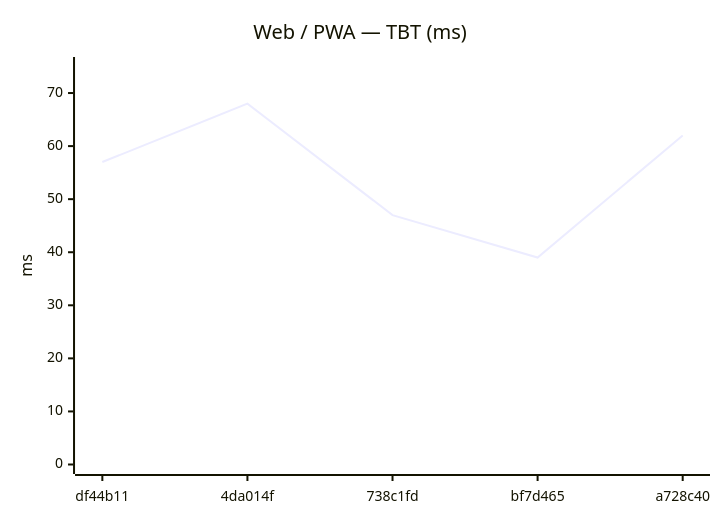
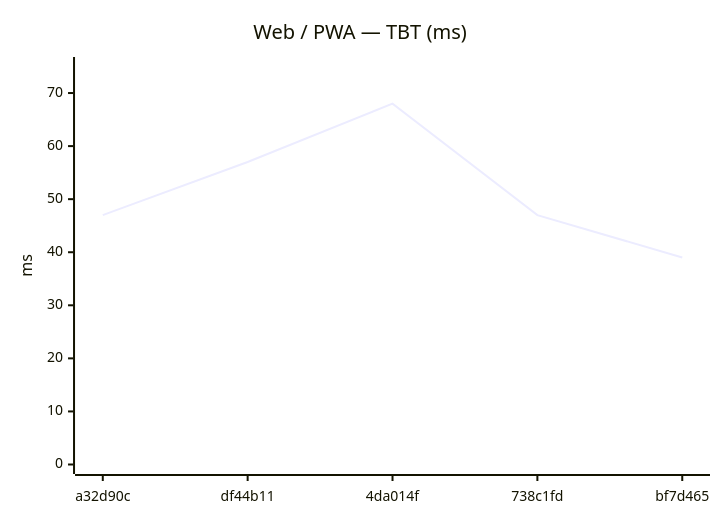
Before and after one commit to Metaheurist/Rianell: the tenth of 24 diagrams in benchmarks/compare.md, drawn with Mermaid. The commit also changed other lines of this file and 12 other files, not shown here.

````diff
--- a/benchmarks/compare.md
+++ b/benchmarks/compare.md
@@ -151,7 +151,7 @@
 ```mermaid
 xychart-beta
     title "Web / PWA — TBT (ms)"
-    x-axis ["df44b11", "4da014f", "738c1fd", "bf7d465", "a728c40"]
+    x-axis ["a32d90c", "df44b11", "4da014f", "738c1fd", "bf7d465"]
     y-axis "ms" 0 --> 75
-    line [57, 68, 47, 39, 62]
+    line [47, 57, 68, 47, 39]
 ```
````
